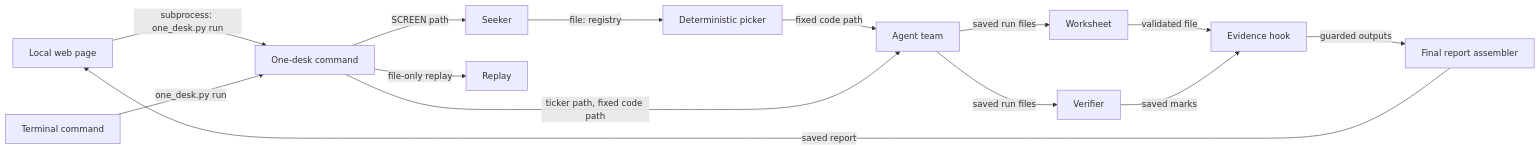
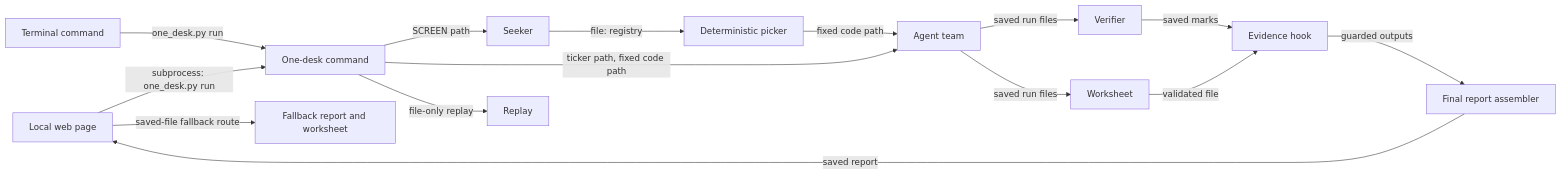
The diagram in CHECKPOINT3_SUBMISSION.md (zainnn12/FIN67110-Fall2026), drawn with Mermaid before and after one commit. The commit also changed other lines of this file and 22 other files, not shown here.

````diff
--- a/CHECKPOINT3_SUBMISSION.md
+++ b/CHECKPOINT3_SUBMISSION.md
@@ -9,16 +11,17 @@
 ```mermaid
 flowchart LR
   UI[Local web page] -->|subprocess: one_desk.py run| Desk[One-desk command]
   CLI[Terminal command] -->|one_desk.py run| Desk
   Desk -->|SCREEN path| Seeker[Seeker]
   Seeker -->|file: registry| Picker[Deterministic picker]
   Picker -->|fixed code path| Team[Agent team]
   Desk -->|ticker path, fixed code path| Team
   Team -->|saved run files| Verify[Verifier]
   Team -->|saved run files| Worksheet[Worksheet]
   Worksheet -->|validated file| Hook[Evidence hook]
   Verify -->|saved marks| Hook
   Hook -->|guarded outputs| Assembler[Final report assembler]
   Assembler -->|saved report| UI
+  UI -->|saved-file fallback route| Fallback[Fallback report and worksheet]
   Desk -->|file-only replay| Replay[Replay]
 ```
````
